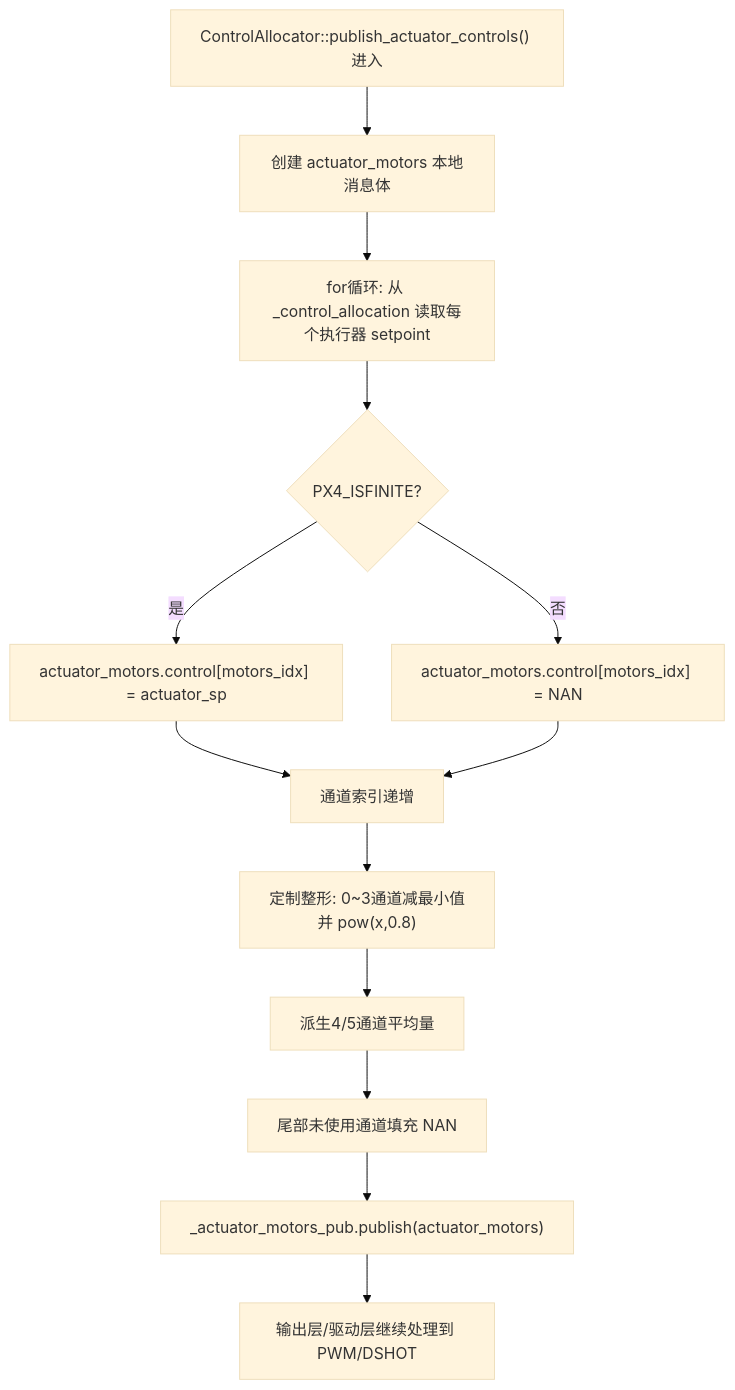
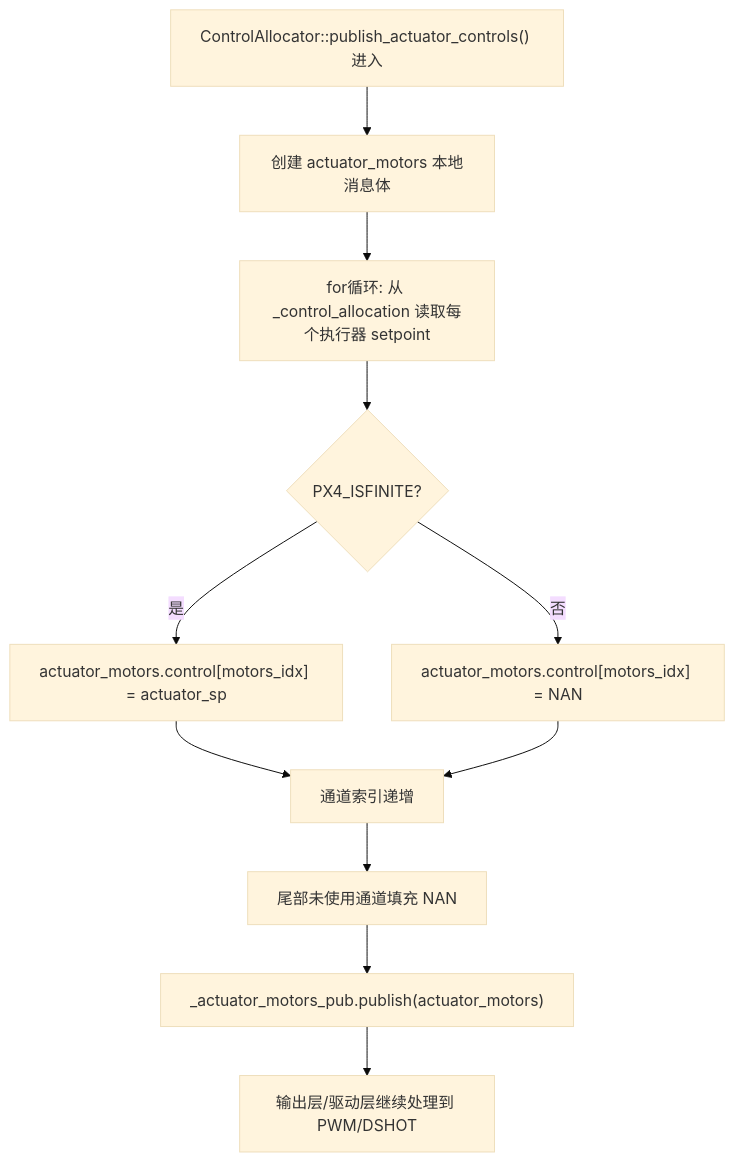
The second of 3 diagrams in 软件开发说明.md (issaccheng2008/px4_v1.16), drawn with Mermaid (base theme) before and after one commit. The commit also changed other lines of this file, not shown here.

````diff
--- a/软件开发说明.md
+++ b/软件开发说明.md
@@ -111,19 +78,16 @@
 ```mermaid
 flowchart TB
     A["ControlAllocator::publish_actuator_controls() 进入"] --> B["创建 actuator_motors 本地消息体"]
     B --> C["for循环: 从 _control_allocation 读取每个执行器 setpoint"]
 
     C --> D{"PX4_ISFINITE?"}
     D -->|是| E["actuator_motors.control[motors_idx] = actuator_sp"]
     D -->|否| F["actuator_motors.control[motors_idx] = NAN"]
 
     E --> G["通道索引递增"]
     F --> G
 
-    G --> H["定制整形: 0~3通道减最小值并 pow(x,0.8)"]
-    H --> I["派生4/5通道平均量"]
-
-    I --> J["尾部未使用通道填充 NAN"]
+    G --> J["尾部未使用通道填充 NAN"]
     J --> K["_actuator_motors_pub.publish(actuator_motors)"]
     K --> L["输出层/驱动层继续处理到 PWM/DSHOT"]
 ```
````
